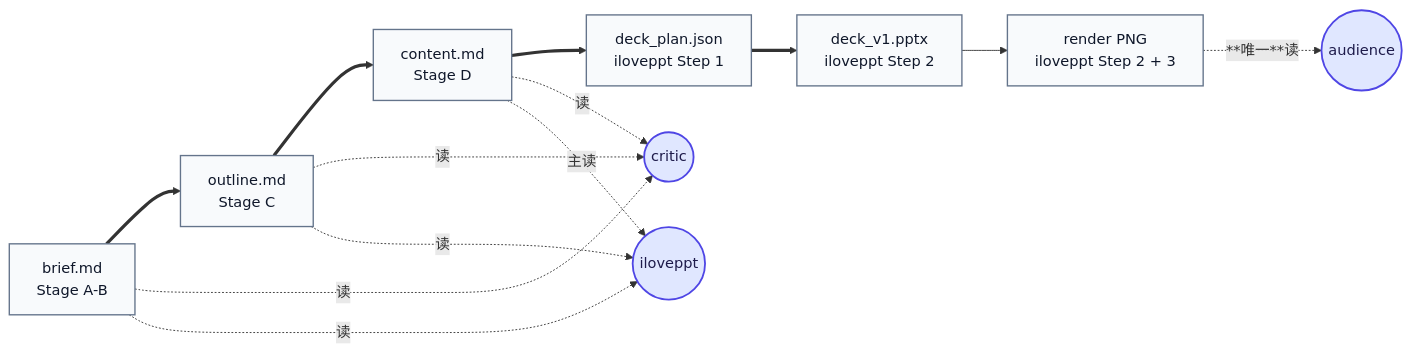
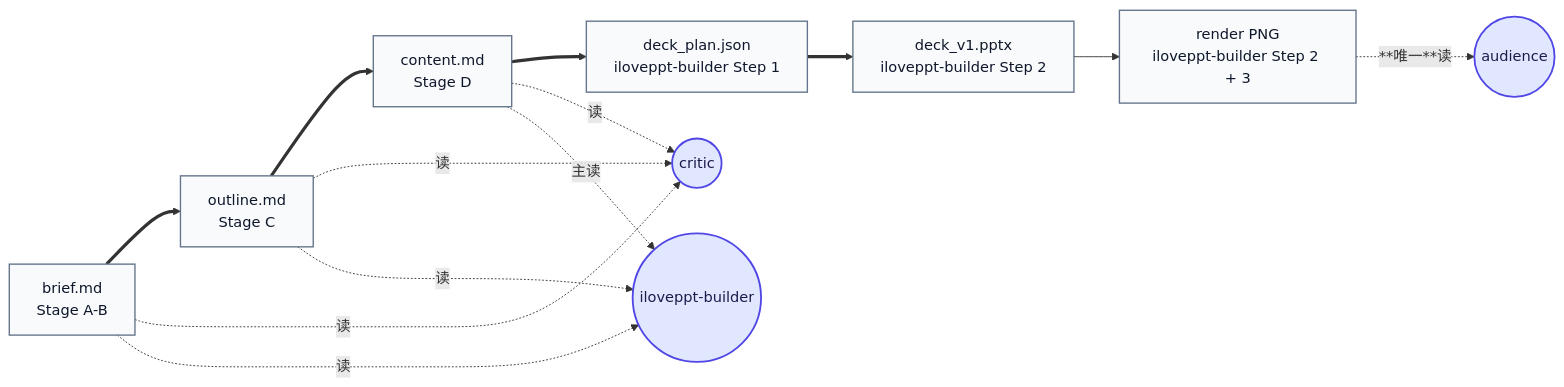
Before and after one commit to pcliangx/iLovePPT: the fourth of 12 diagrams in docs/agent-internals.zh.md, drawn with Mermaid. The commit also changed other lines of this file and 38 other files, not shown here.

````diff
--- a/docs/agent-internals.zh.md
+++ b/docs/agent-internals.zh.md
@@ -335,28 +340,28 @@
 ```mermaid
 flowchart LR
     BM["brief.md<br/>Stage A-B"]
     OM["outline.md<br/>Stage C"]
     CM["content.md<br/>Stage D"]
-    DP["deck_plan.json<br/>iloveppt Step 1"]
-    PX["deck_v1.pptx<br/>iloveppt Step 2"]
-    RP["render PNG<br/>iloveppt Step 2 + 3"]
+    DP["deck_plan.json<br/>iloveppt-builder Step 1"]
+    PX["deck_v1.pptx<br/>iloveppt-builder Step 2"]
+    RP["render PNG<br/>iloveppt-builder Step 2 + 3"]
 
     BM ==> OM ==> CM ==> DP ==> PX --> RP
 
     CR((critic))
-    IL((iloveppt))
+    IL((iloveppt-builder))
     AU((audience))
 
     BM -.读.-> CR
     BM -.读.-> IL
     OM -.读.-> CR
     OM -.读.-> IL
     CM -.读.-> CR
     CM -.主读.-> IL
     RP -.**唯一**读.-> AU
 
     classDef product fill:#F8FAFC,stroke:#64748B,stroke-width:1.5px,color:#0F172A
     classDef agent fill:#E0E7FF,stroke:#4F46E5,stroke-width:2px,color:#1E1B4B
     class BM,OM,CM,DP,PX,RP product
     class CR,IL,AU agent
 ```
````
